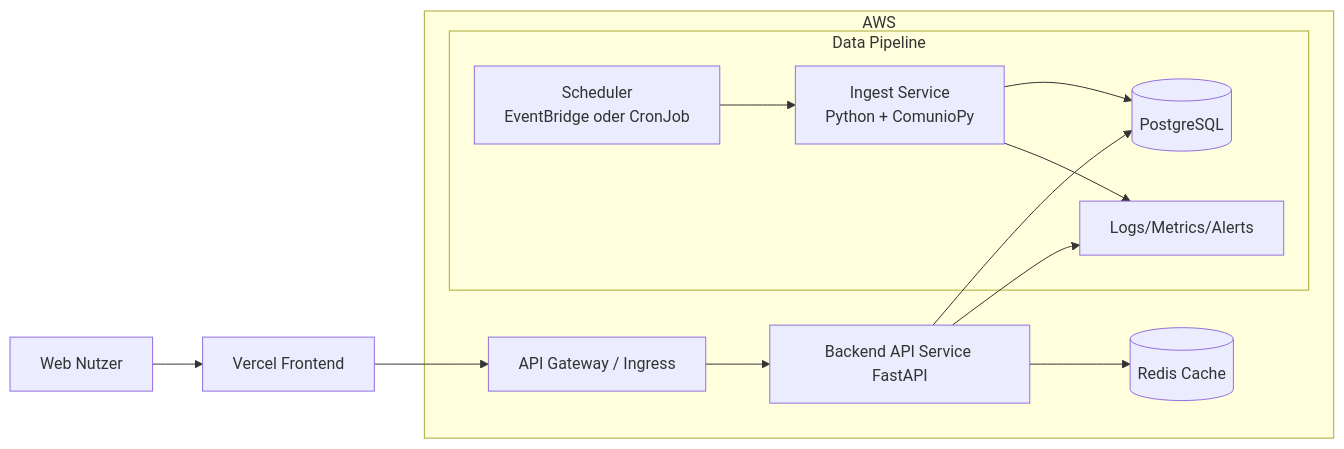
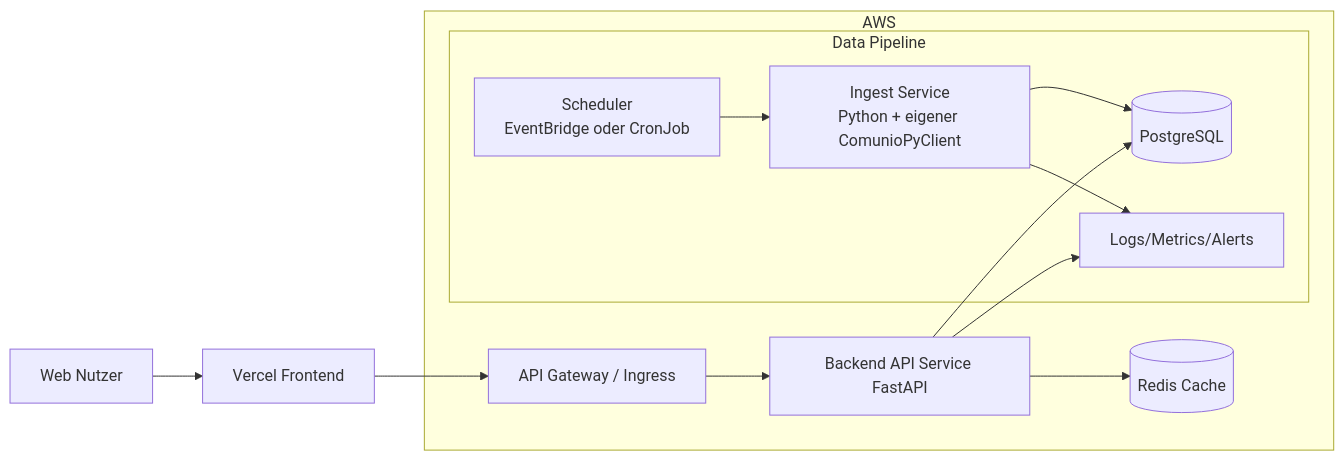
One commit to Masterpeace753/comunio-data-website changed the diagram in architecture.md. Above: the diagram before and after it, drawn with Mermaid. The commit also changed other lines of this file and 4 other files, not shown here.

````diff
--- a/architecture.md
+++ b/architecture.md
@@ -14,19 +14,19 @@
 ```mermaid
 flowchart LR
   U[Web Nutzer] --> FE[Vercel Frontend]
   FE --> API[API Gateway / Ingress]
 
   subgraph AWS
     API --> BFF[Backend API Service FastAPI]
     BFF --> DB[(PostgreSQL)]
     BFF --> C[(Redis Cache)]
 
     subgraph Data Pipeline
-      SCH[Scheduler<br/>EventBridge oder CronJob] --> ING[Ingest Service<br/>Python + ComunioPy]
+      SCH[Scheduler<br/>EventBridge oder CronJob] --> ING[Ingest Service<br/>Python + eigener ComunioPyClient]
       ING --> DB
       ING --> OBS[Logs/Metrics/Alerts]
     end
 
     BFF --> OBS
   end
 ```
````
